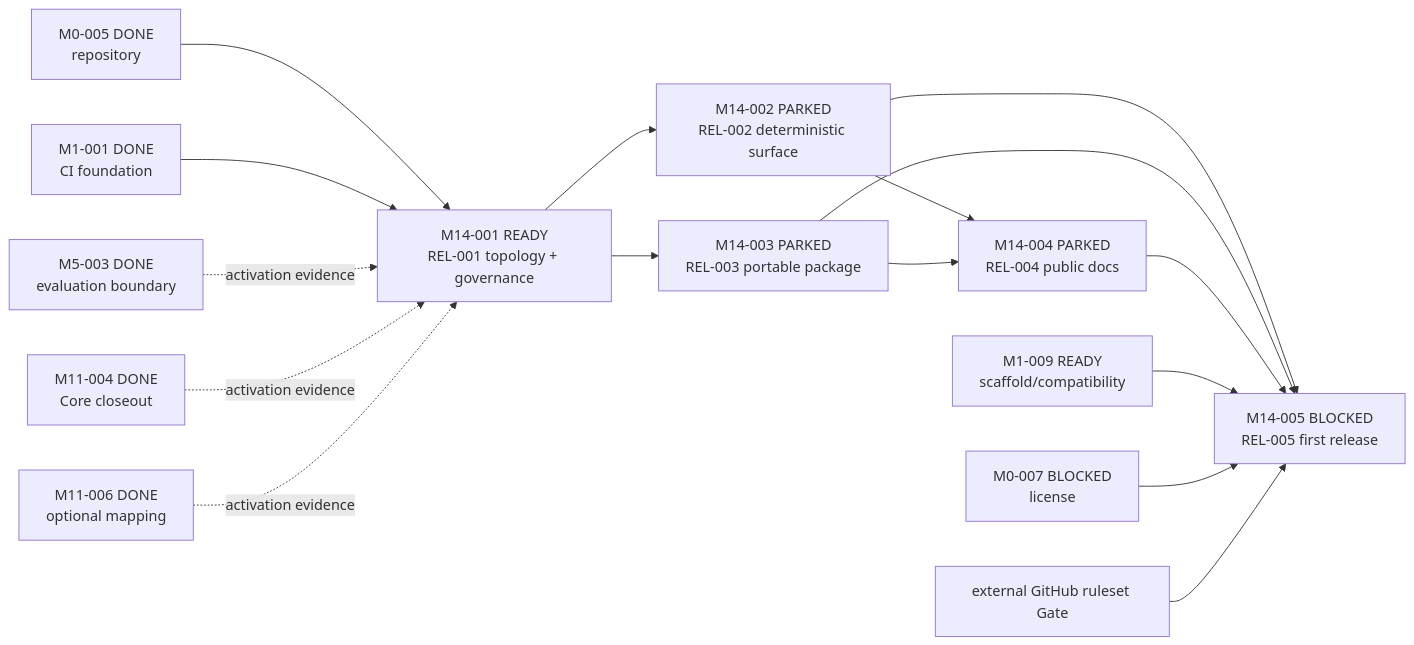
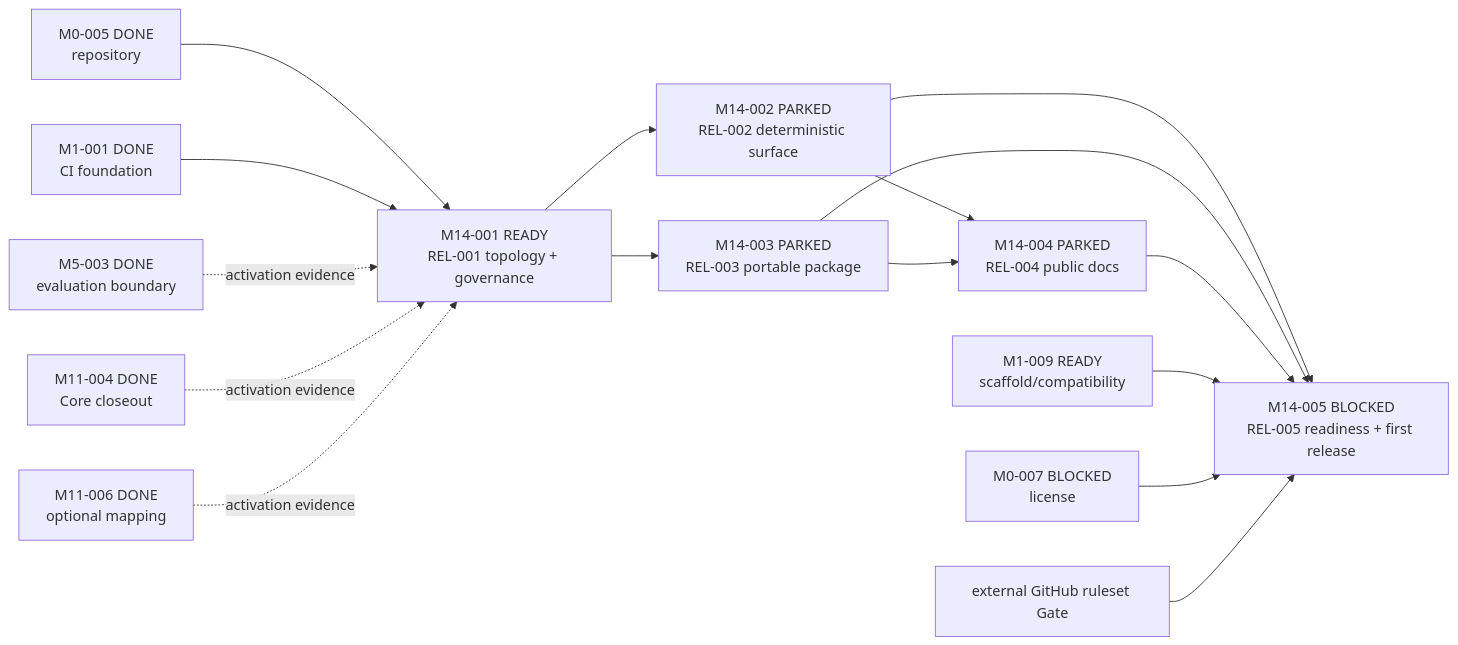
The diagram in docs/workstreams/chengyue-lu/M14-CURATED-RELEASE/README.md (Chengyue-Lu/research-agent-workbench), drawn with Mermaid before and after one commit. The commit also changed other lines of this file and 8 other files, not shown here.

Commit message:
docs(m14): close release ancestry and readiness

````diff
--- a/docs/workstreams/chengyue-lu/M14-CURATED-RELEASE/README.md
+++ b/docs/workstreams/chengyue-lu/M14-CURATED-RELEASE/README.md
@@ -37,18 +38,18 @@
 ```mermaid
 flowchart LR
     M0005["M0-005 DONE<br/>repository"] --> M14001["M14-001 READY<br/>REL-001 topology + governance"]
     M1001["M1-001 DONE<br/>CI foundation"] --> M14001
     M5003["M5-003 DONE<br/>evaluation boundary"] -. "activation evidence" .-> M14001
     M1104["M11-004 DONE<br/>Core closeout"] -. "activation evidence" .-> M14001
     M1106["M11-006 DONE<br/>optional mapping"] -. "activation evidence" .-> M14001
     M14001 --> M14002["M14-002 PARKED<br/>REL-002 deterministic surface"]
     M14001 --> M14003["M14-003 PARKED<br/>REL-003 portable package"]
     M14002 --> M14004["M14-004 PARKED<br/>REL-004 public docs"]
     M14003 --> M14004
-    M14002 --> M14005["M14-005 BLOCKED<br/>REL-005 first release"]
+    M14002 --> M14005["M14-005 BLOCKED<br/>REL-005 readiness + first release"]
     M14003 --> M14005
     M14004 --> M14005
     M1009["M1-009 READY<br/>scaffold/compatibility"] --> M14005
     M0007["M0-007 BLOCKED<br/>license"] --> M14005
     Remote["external GitHub ruleset Gate"] --> M14005
 ```
````
